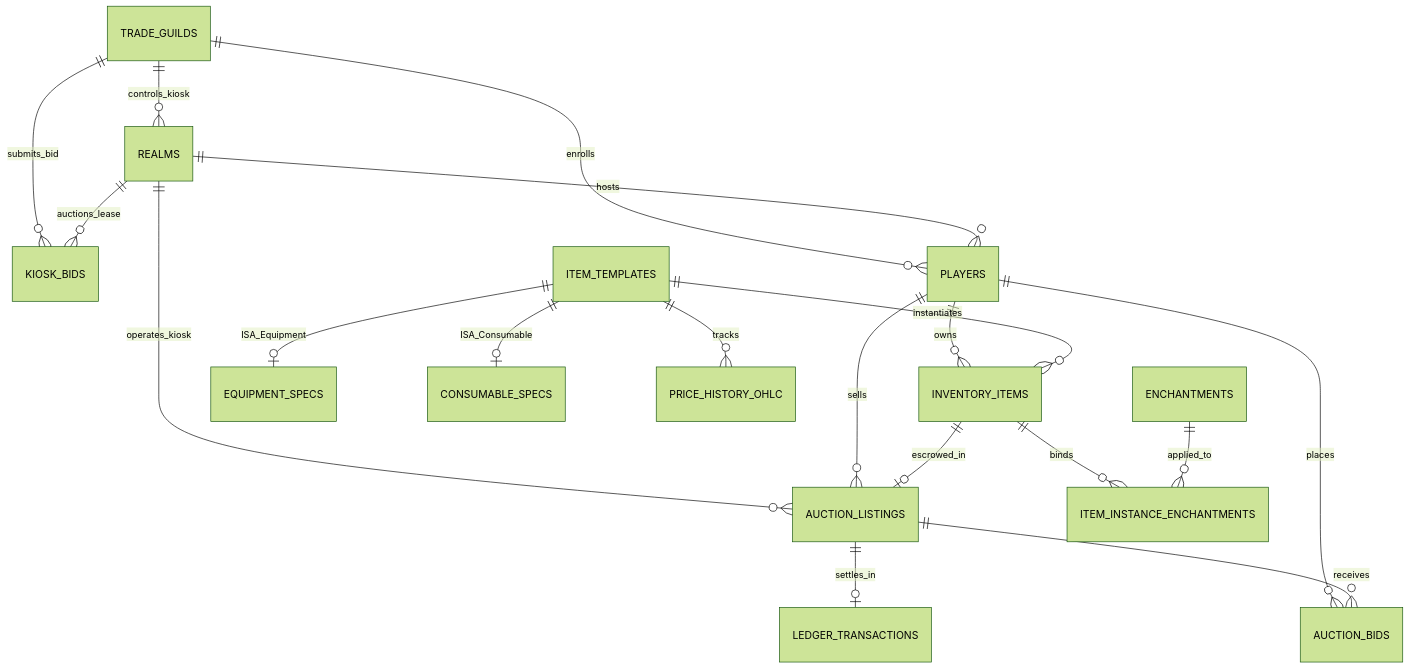
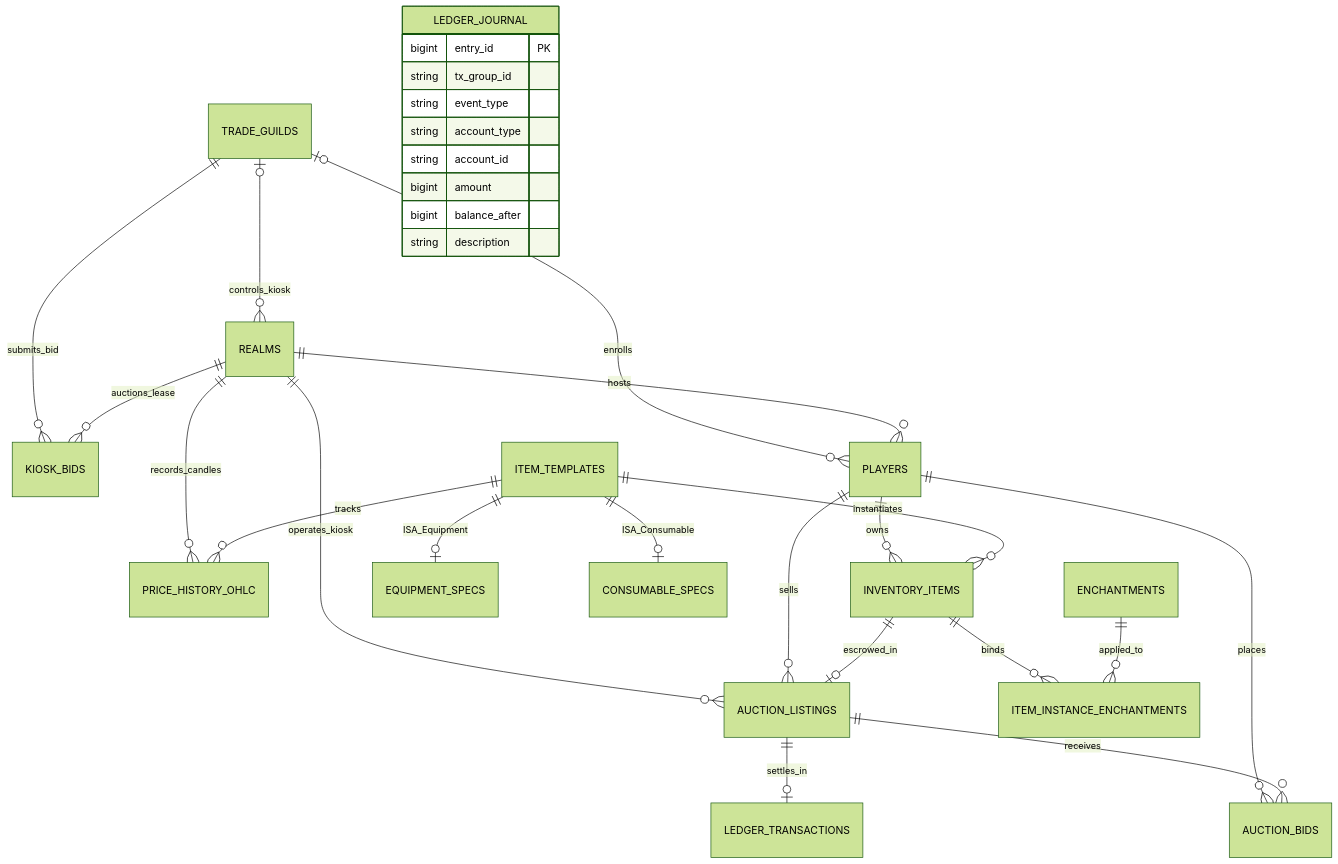
Before and after one commit to sebiny12p/Scrolls-of-Agora: the diagram in docs/NORMALIZATION.md, drawn with Mermaid (forest theme). The commit also changed other lines of this file and 1 other file, not shown here.

Commit message:
fix(docs): align ER diagram, table counts, and query thresholds with schema DDL

````diff
--- a/docs/NORMALIZATION.md
+++ b/docs/NORMALIZATION.md
@@ -14,25 +27,73 @@
 ```mermaid
+
 erDiagram
-    TRADE_GUILDS ||--o{ REALMS : "controls_kiosk"
+
+    TRADE_GUILDS |o--o{ REALMS : "controls_kiosk"
+
     TRADE_GUILDS ||--o{ KIOSK_BIDS : "submits_bid"
-    TRADE_GUILDS ||--o{ PLAYERS : "enrolls"
+
+    TRADE_GUILDS |o--o{ PLAYERS : "enrolls"
+
     REALMS ||--o{ KIOSK_BIDS : "auctions_lease"
+
     REALMS ||--o{ PLAYERS : "hosts"
+
     REALMS ||--o{ AUCTION_LISTINGS : "operates_kiosk"
 
+    REALMS ||--o{ PRICE_HISTORY_OHLC : "records_candles"
+
+
+
     PLAYERS ||--o{ INVENTORY_ITEMS : "owns"
+
     PLAYERS ||--o{ AUCTION_LISTINGS : "sells"
+
     PLAYERS ||--o{ AUCTION_BIDS : "places"
 
+
+
     ITEM_TEMPLATES ||--o| EQUIPMENT_SPECS : "ISA_Equipment"
+
     ITEM_TEMPLATES ||--o| CONSUMABLE_SPECS : "ISA_Consumable"
+
     ITEM_TEMPLATES ||--o{ INVENTORY_ITEMS : "instantiates"
+
     ITEM_TEMPLATES ||--o{ PRICE_HISTORY_OHLC : "tracks"
 
+
+
     INVENTORY_ITEMS ||--o{ ITEM_INSTANCE_ENCHANTMENTS : "binds"
+
     ENCHANTMENTS ||--o{ ITEM_INSTANCE_ENCHANTMENTS : "applied_to"
 
+
+
     INVENTORY_ITEMS ||--o| AUCTION_LISTINGS : "escrowed_in"
+
     AUCTION_LISTINGS ||--o{ AUCTION_BIDS : "receives"
+
     AUCTION_LISTINGS ||--o| LEDGER_TRANSACTIONS : "settles_in"
+
+
+
+    LEDGER_JOURNAL {
+
+        bigint entry_id PK
+
+        string tx_group_id
+
+        string event_type
+
+        string account_type
+
+        string account_id
+
+        bigint amount
+
+        bigint balance_after
+
+        string description
+
+    }
+
 ```
````
